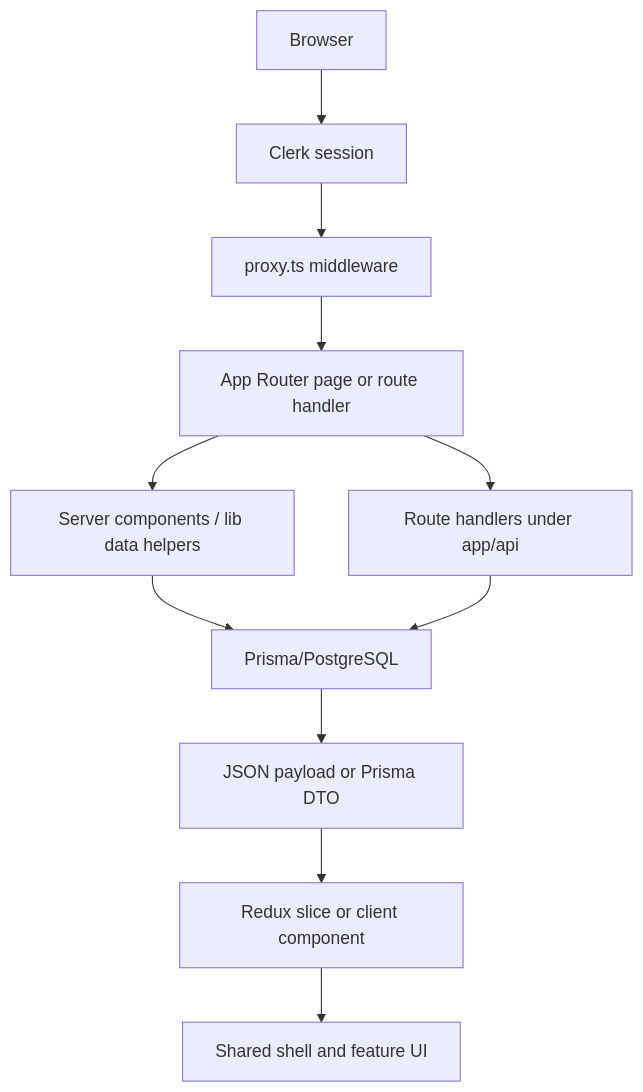
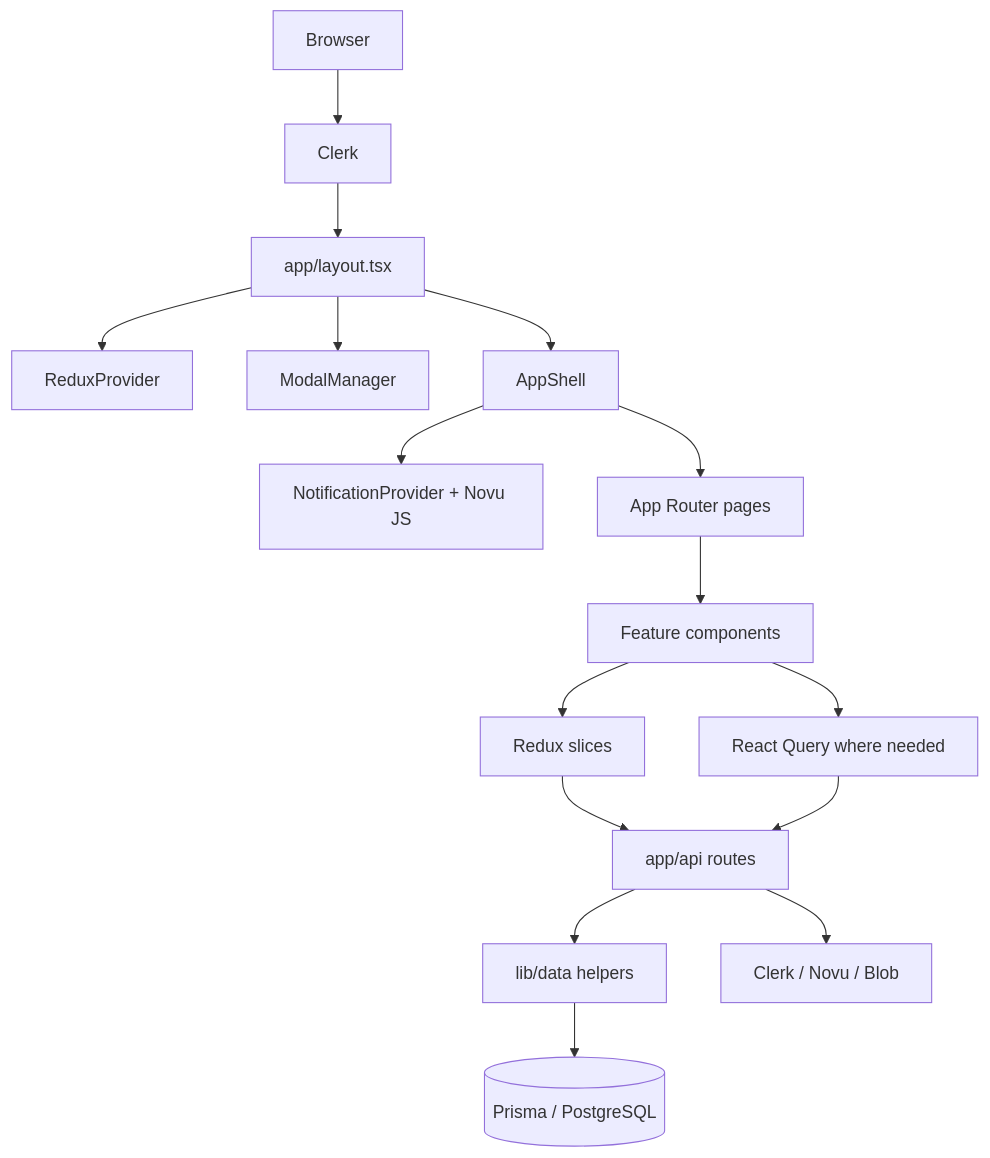
Before and after one commit to uprez-net/Royal-Construction: the first of 3 diagrams in docs/implementation.md, drawn with Mermaid. The commit also changed other lines of this file and 3 other files, not shown here.

First line of the commit message:
docs: enhance documentation for implementation, notification handler, and quote offer agent

````diff
--- a/docs/implementation.md
+++ b/docs/implementation.md
@@ -46,13 +13,18 @@
 ```mermaid
 flowchart TD
-	A[Browser] --> B[Clerk session]
-	B --> C[proxy.ts middleware]
-	C --> D[App Router page or route handler]
-	D --> E[Server components / lib data helpers]
-	D --> F[Route handlers under app/api]
-	E --> G[Prisma/PostgreSQL]
-	F --> G
-	G --> H[JSON payload or Prisma DTO]
-	H --> I[Redux slice or client component]
-	I --> J[Shared shell and feature UI]
+	Browser --> Clerk
+	Clerk --> RootLayout[app/layout.tsx]
+	RootLayout --> Redux[ReduxProvider]
+	RootLayout --> ModalManager[ModalManager]
+	RootLayout --> AppShell[AppShell]
+	AppShell --> Notifications[NotificationProvider + Novu JS]
+	AppShell --> Pages[App Router pages]
+	Pages --> UI[Feature components]
+	UI --> ReduxSlices[Redux slices]
+	UI --> ReactQuery[React Query where needed]
+	ReduxSlices --> Routes[app/api routes]
+	ReactQuery --> Routes
+	Routes --> LibData[lib/data helpers]
+	LibData --> Prisma[(Prisma / PostgreSQL)]
+	Routes --> Integrations[Clerk / Novu / Blob]
 ```
````
